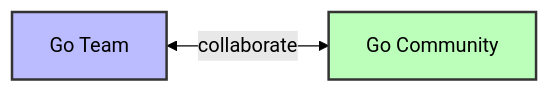
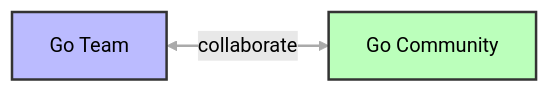
The fourth of 4 diagrams in presentation.md (hannahkm/fosdem-2026), drawn with Mermaid (forest theme) before and after one commit. The commit also changed other lines of this file, not shown here.

Commit message:
edit mermaids

````diff
--- a/presentation.md
+++ b/presentation.md
@@ -842,10 +848,11 @@
 ```mermaid
 graph LR
     team[Go Team]
     community[Go Community]
 
     team <-->|collaborate| community
 
     style team fill:#bbf,stroke:#333,stroke-width:2px
     style community fill:#bfb,stroke:#333,stroke-width:2px
+    linkStyle 0 stroke:#aaa,stroke-width:2px
 ```
````
